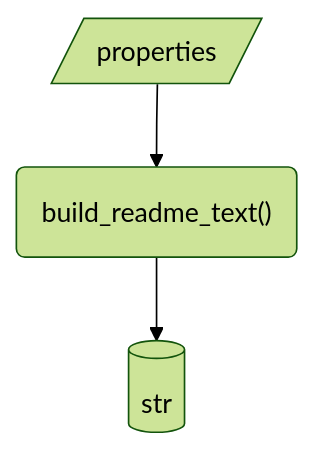
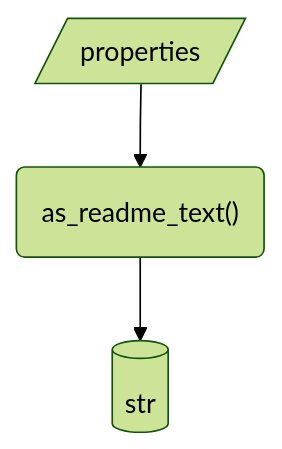
One commit to signekb/seedcase-sprout changed the second of 11 diagrams in docs/design/interface/functions.qmd. Above: the diagram before and after it, drawn with Mermaid (forest theme). The commit also changed other lines of this file and 5 other files, not shown here.

First line of the commit message:
refactor: :recycle: rename `build_` to `as_readme_text()` (#1172)

````diff
--- a/docs/design/interface/functions.qmd
+++ b/docs/design/interface/functions.qmd
@@ -76,8 +76,8 @@
 ```{mermaid}
 flowchart
     in_properties[/properties/]
-    function("build_readme_text()")
+    function("as_readme_text()")
     out[("str")]
     in_properties --> function
     function --> out
 ```
````
